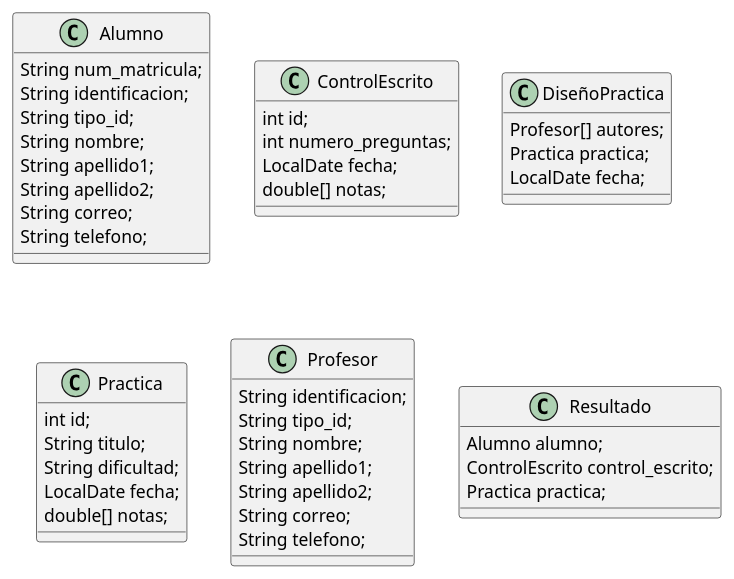
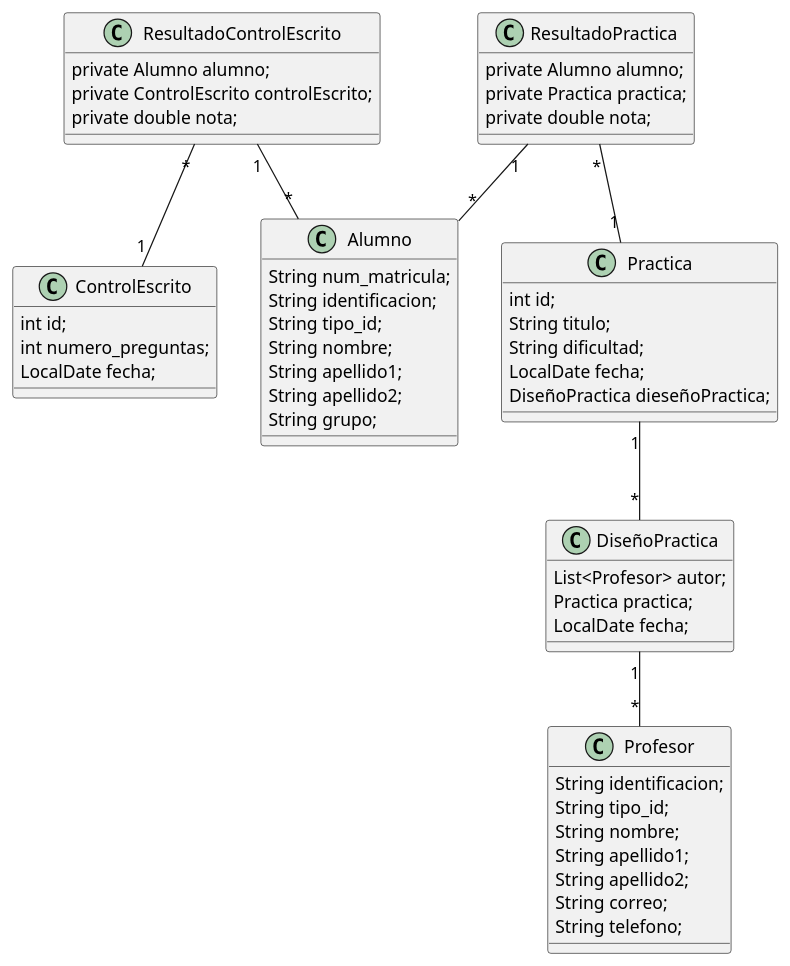
Before and after one commit to LuisMartinez007/POO: the diagram in POO/Examenes_Ejercicio_16/UML/Examenes.iuml, drawn with PlantUML. The commit also changed 8 other files, not shown here.

```diff
--- a/POO/Examenes_Ejercicio_16/UML/Examenes.iuml
+++ b/POO/Examenes_Ejercicio_16/UML/Examenes.iuml
@@ -1,44 +1,53 @@
 @startuml Examenes
 class Alumno {
     String num_matricula;
     String identificacion;
     String tipo_id;
     String nombre;
     String apellido1;
     String apellido2;
-    String correo;
-    String telefono;
+    String grupo;
 }
 class ControlEscrito{
     int id;
     int numero_preguntas;
     LocalDate fecha;
-    double[] notas;
 }
 class DiseñoPractica {
-    Profesor[] autores;
+    List<Profesor> autor;
     Practica practica;
     LocalDate fecha;
 }
 class Practica {
     int id;
     String titulo;
     String dificultad;
     LocalDate fecha;
-    double[] notas;
+    DiseñoPractica dieseñoPractica;
 }
 class Profesor {
     String identificacion;
     String tipo_id;
     String nombre;
     String apellido1;
     String apellido2;
     String correo;
     String telefono;
 }
-class Resultado {
-    Alumno alumno;
-    ControlEscrito control_escrito;
-    Practica practica;
+class ResultadoControlEscrito {
+    private Alumno alumno;
+    private ControlEscrito controlEscrito;
+    private double nota;
 }
+class ResultadoPractica {
+    private Alumno alumno;
+    private Practica practica;
+    private double nota;
+}
+DiseñoPractica "1" -- "*" Profesor
+ResultadoControlEscrito "1" -- "*" Alumno
+ResultadoControlEscrito "*" -- "1" ControlEscrito
+Practica "1" -- "*" DiseñoPractica
+ResultadoPractica "1" -- "*" Alumno
+ResultadoPractica "*" -- "1" Practica
 @enduml
```
